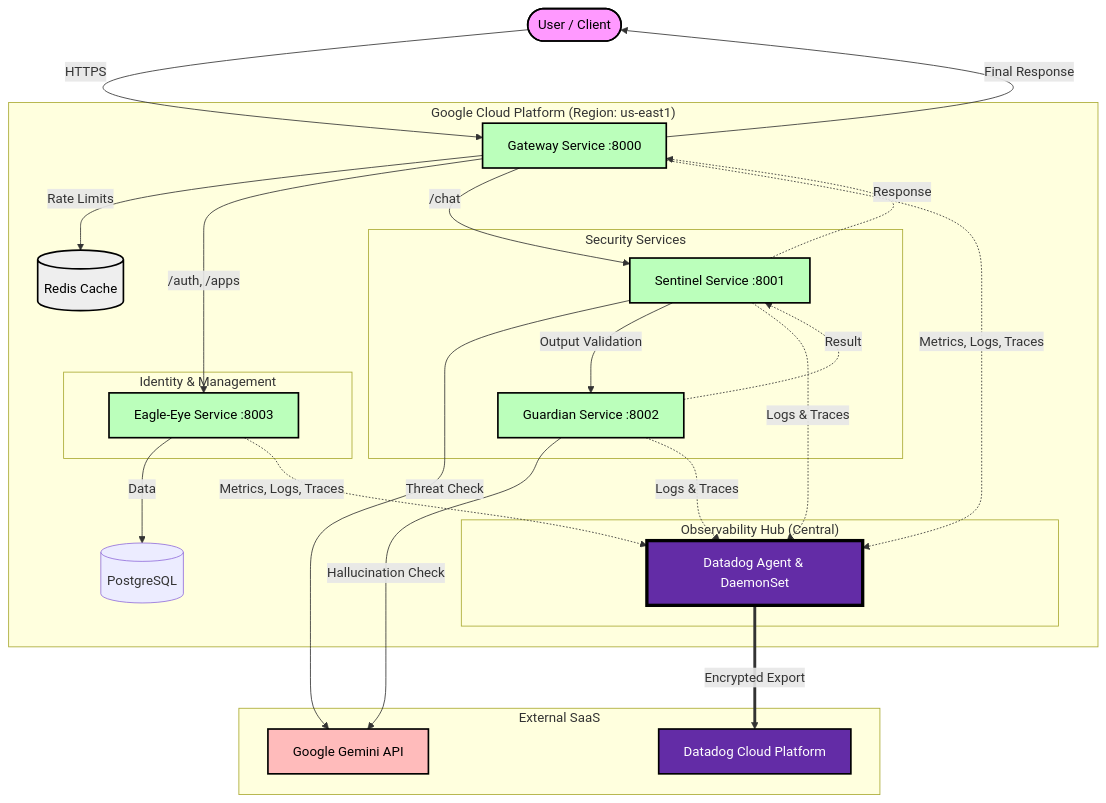
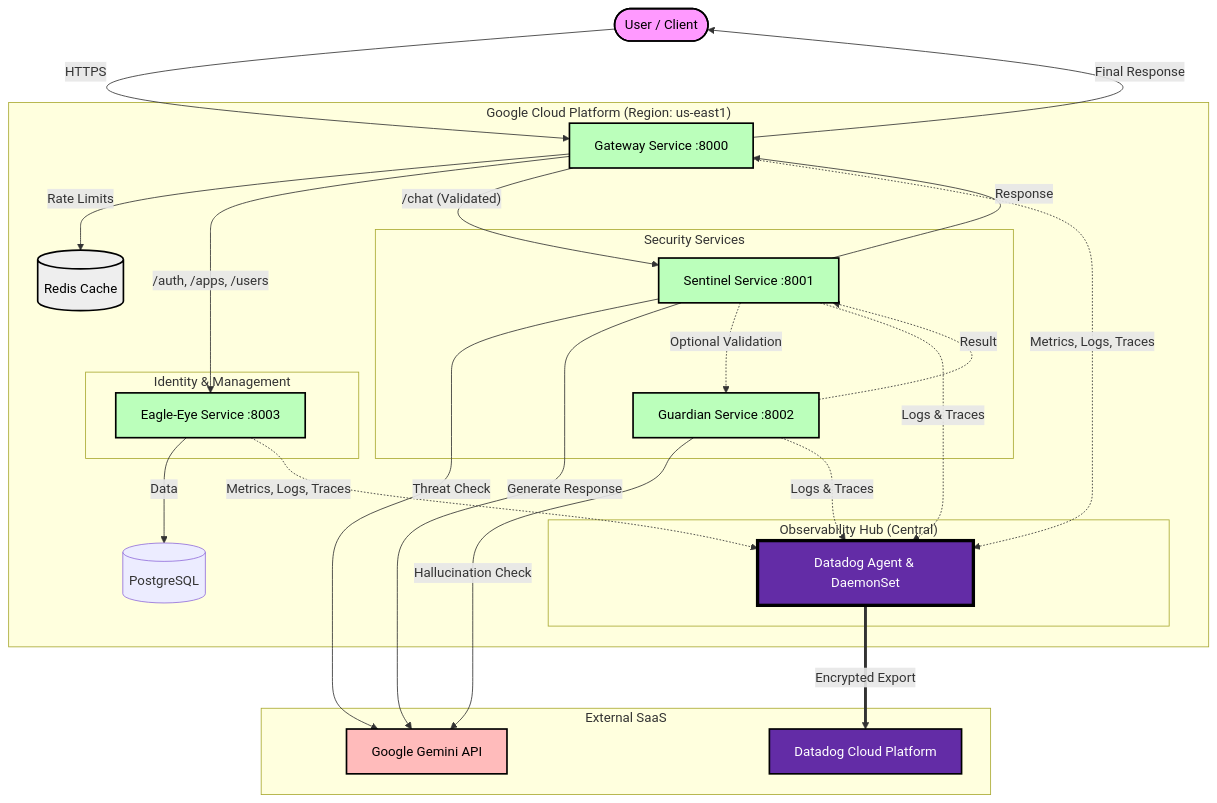
The first of 4 diagrams in README.md (vaisu-bhut/ClestiqShield-AgentCore), drawn with Mermaid before and after one commit. The commit also changed other lines of this file, not shown here.

Commit message:
Documentation

````diff
--- a/README.md
+++ b/README.md
@@ -49,66 +49,67 @@
 ```mermaid
 graph TD
     User([User / Client])
     
     subgraph "Google Cloud Platform (Region: us-east1)"
         Gateway[Gateway Service :8000]
         
         subgraph "Observability Hub (Central)"
             DD[Datadog Agent & DaemonSet]
         end
 
         subgraph "Security Services"
             Sentinel[Sentinel Service :8001]
             Guardian[Guardian Service :8002]
         end
         
         subgraph "Identity & Management"
             EagleEye[Eagle-Eye Service :8003]
         end
         
         Redis[(Redis Cache)]
         DB[(PostgreSQL)]
     end
     
     subgraph "External SaaS"
         Gemini[Google Gemini API]
         DDCloud[Datadog Cloud Platform]
     end
     
     %% Traffic Flow
     User -- HTTPS --> Gateway
     Gateway -- Rate Limits --> Redis
     
     %% Semantic Routing
-    Gateway -- "/auth, /apps" --> EagleEye
+    Gateway -- "/auth, /apps, /users" --> EagleEye
     EagleEye -- Data --> DB
     
-    Gateway -- "/chat" --> Sentinel
+    Gateway -- "/chat (Validated)" --> Sentinel
     Sentinel -- Threat Check --> Gemini
-    Sentinel -- Output Validation --> Guardian
+    Sentinel -- Generate Response --> Gemini
+    Sentinel -. Optional Validation .-> Guardian
     Guardian -- Hallucination Check --> Gemini
     
     %% Return Path
     Guardian -. Result .-> Sentinel
-    Sentinel -. Response .-> Gateway
+    Sentinel -- Response --> Gateway
     Gateway -- Final Response --> User
 
     %% Observability Connections (The Central Hub)
     Gateway -. Metrics, Logs, Traces .-> DD
     EagleEye -. Metrics, Logs, Traces .-> DD
     Sentinel -. Logs & Traces .-> DD
     Guardian -. Logs & Traces .-> DD
     
     DD == Encrypted Export ==> DDCloud
     
     %% Styles
     style User fill:#f9f,stroke:#000,stroke-width:2px,color:#000
     style Gateway fill:#bfb,stroke:#000,stroke-width:2px,color:#000
     style EagleEye fill:#bfb,stroke:#000,stroke-width:2px,color:#000
     style Sentinel fill:#bfb,stroke:#000,stroke-width:2px,color:#000
     style Guardian fill:#bfb,stroke:#000,stroke-width:2px,color:#000
     style DD fill:#632CA6,stroke:#000,stroke-width:4px,color:#fff
     style Redis fill:#eee,stroke:#000,stroke-width:2px,color:#000
     style Gemini fill:#fbb,stroke:#000,stroke-width:2px,color:#000
     style DDCloud fill:#632CA6,stroke:#000,stroke-width:2px,color:#fff
 ```
````
